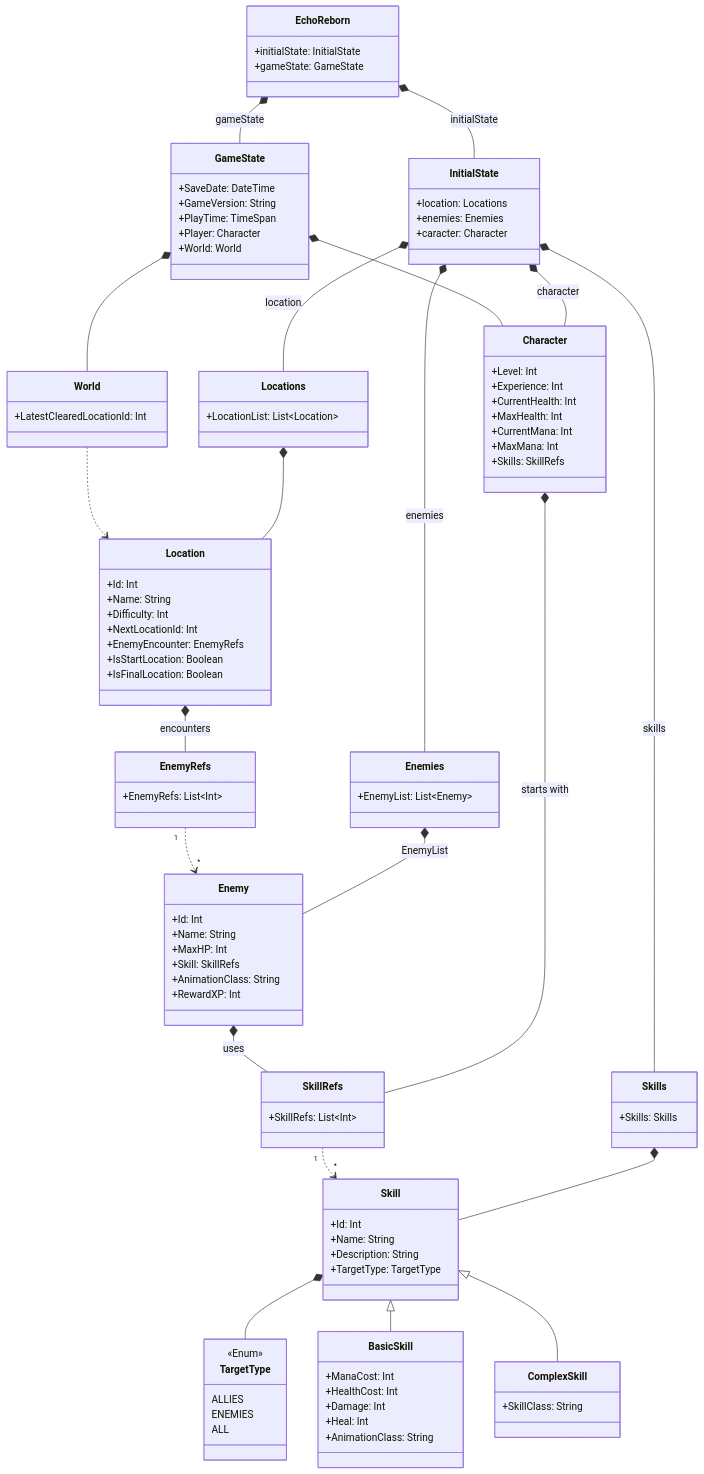
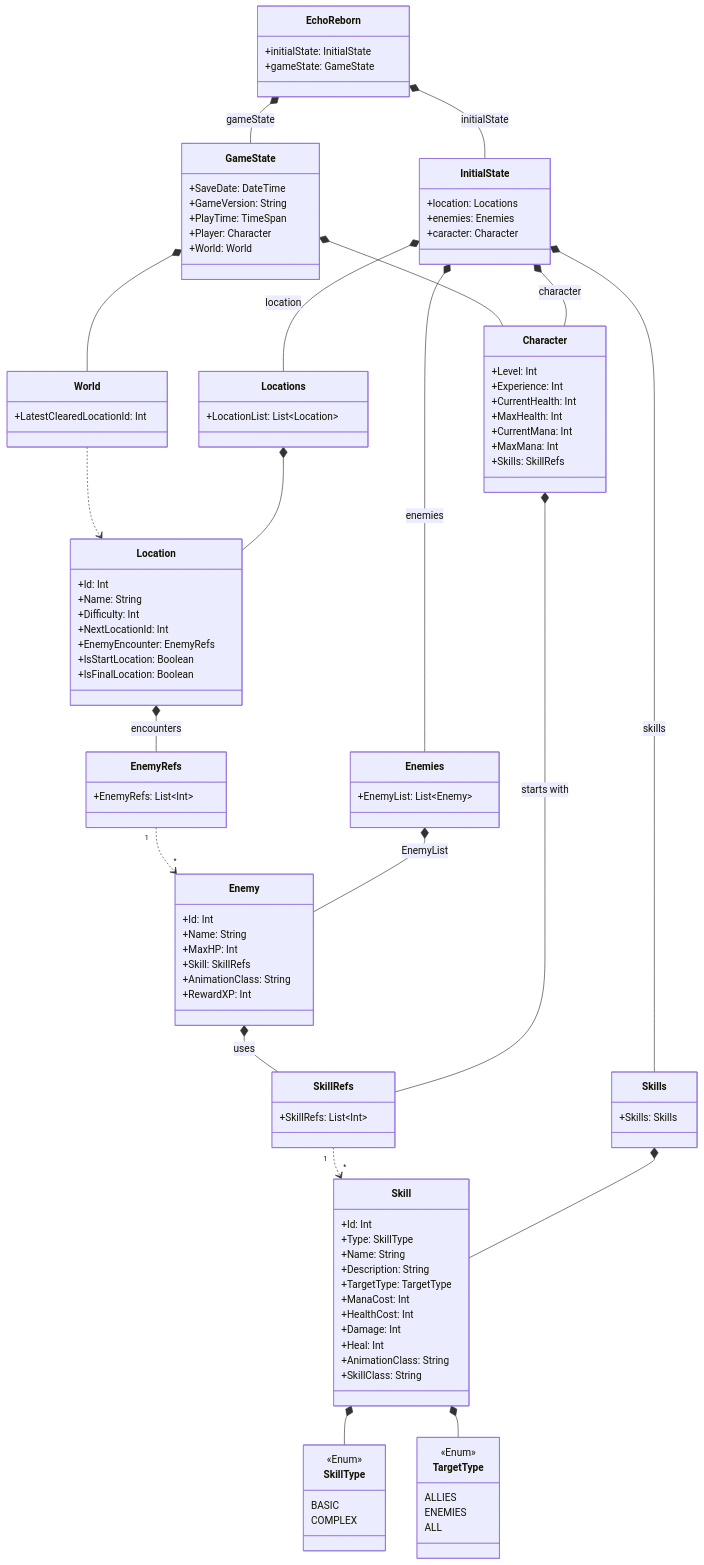
One commit to d0rich/EchoReborn changed the diagram in docs/XML structures.md. Above: the diagram before and after it, drawn with Mermaid.

Commit message:
Skills refactor

```diff
--- a/docs/XML structures.md
+++ b/docs/XML structures.md
@@ -15,10 +15,36 @@
 
     class Skill {
         +Id: Int
+        +Type: SkillType
         +Name: String
         +Description: String
         +TargetType: TargetType
+
+        +ManaCost: Int
+        +HealthCost: Int
+        +Damage: Int
+        +Heal: Int
+        +AnimationClass: String
+
+        +SkillClass: String
+        
     }
+
+    class TargetType {
+        <<Enum>>
+        ALLIES
+        ENEMIES
+        ALL
+    }
+
+    class SkillType {
+        <<Enum>>
+        BASIC
+        COMPLEX
+    }
+
+    Skill *-- SkillType
+    Skill *-- TargetType
 
     class Skills {
         +Skills: Skills
@@ -26,18 +52,6 @@
 
     class SkillRefs {
         +SkillRefs: List~Int~
-    }
-
-    class BasicSkill {
-        +ManaCost: Int
-        +HealthCost: Int
-        +Damage: Int
-        +Heal: Int
-        +AnimationClass: String
-    }
-
-    class ComplexSkill {
-        +SkillClass: String
     }
 
     class Locations {
@@ -93,15 +107,6 @@
         +LatestClearedLocationId: Int
     }
 
-    class TargetType {
-        <<Enum>>
-        ALLIES
-        ENEMIES
-        ALL
-    }
-
-    Skill *-- TargetType
-
     EchoReborn *-- InitialState : initialState
     EchoReborn *-- GameState : gameState
     GameState *-- Character
@@ -111,9 +116,6 @@
     InitialState *-- Locations : location
     InitialState *-- Enemies : enemies
     InitialState *-- Character : character
-
-    Skill <|-- BasicSkill
-    Skill <|-- ComplexSkill
 
     World ..> Location
     EnemyRefs "1" ..> "*" Enemy
```
